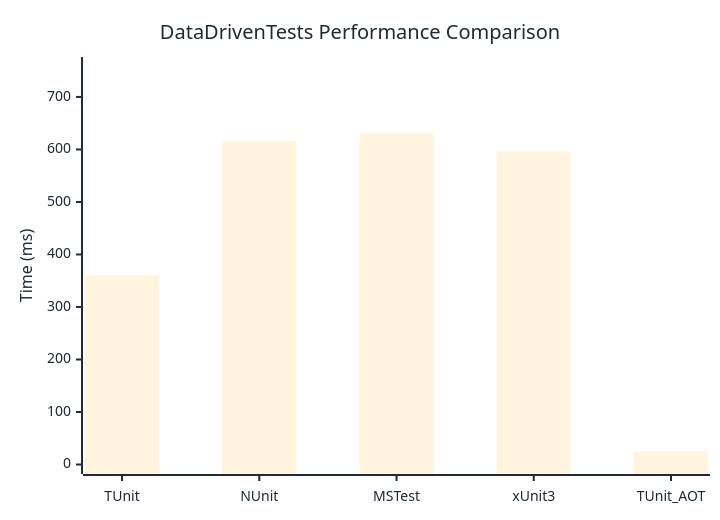
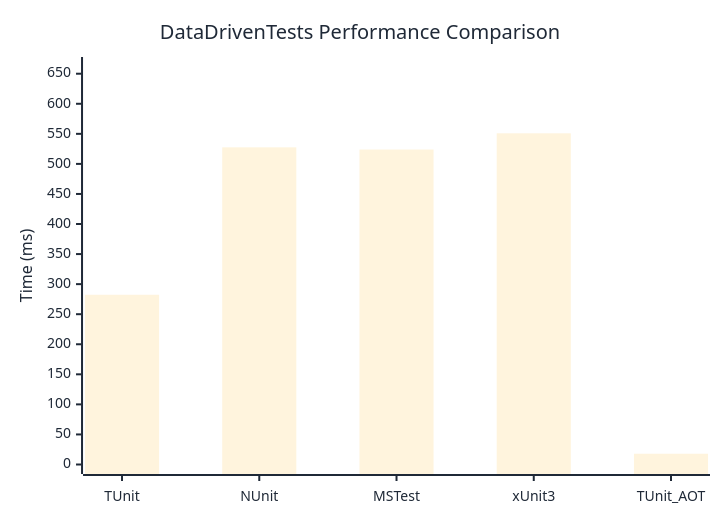
The diagram in docs/docs/benchmarks/engine/DataDrivenTests.md (thomhurst/TUnit), drawn with Mermaid before and after one commit. The commit also changed other lines of this file and 17 other files, not shown here.

````diff
--- a/docs/docs/benchmarks/engine/DataDrivenTests.md
+++ b/docs/docs/benchmarks/engine/DataDrivenTests.md
@@ -29,37 +29,37 @@
 ```mermaid
 %%{init: {
   'theme':'base',
   'themeVariables': {
     'primaryColor': '#2563eb',
     'primaryTextColor': '#1f2937',
     'primaryBorderColor': '#1e40af',
     'lineColor': '#6b7280',
     'secondaryColor': '#7c3aed',
     'tertiaryColor': '#dc2626',
     'background': '#ffffff',
     'mainBkg': '#2563eb',
     'secondBkg': '#7c3aed',
     'tertiaryBkg': '#dc2626',
     'clusterBkg': '#f3f4f6',
     'edgeLabelBackground': '#ffffff',
     'tertiaryTextColor': '#1f2937',
     'pie1': '#2563eb',
     'pie2': '#7c3aed',
     'pie3': '#dc2626',
     'pie4': '#f59e0b',
     'pie5': '#10b981',
     'pie6': '#06b6d4',
     'pie7': '#ec4899',
     'pie8': '#6366f1',
     'pie9': '#84cc16',
     'pie10': '#f97316',
     'pie11': '#14b8a6',
     'pie12': '#a855f7'
   }
 }}%%
 xychart-beta
   title "DataDrivenTests Performance Comparison"
   x-axis ["TUnit", "NUnit", "MSTest", "xUnit3", "TUnit_AOT"]
-  y-axis "Time (ms)" 0 --> 758
-  bar [360.26, 615.55, 631.08, 596.48, 24.64]
+  y-axis "Time (ms)" 0 --> 662
+  bar [282.35, 527.53, 523.88, 550.88, 17.9]
 ```
````
